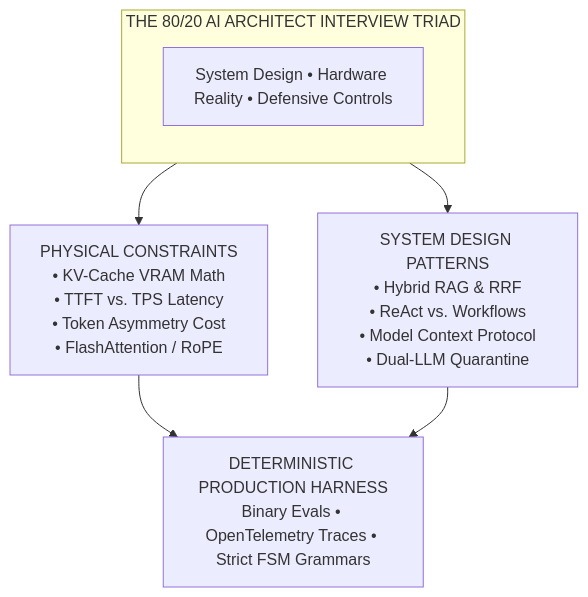
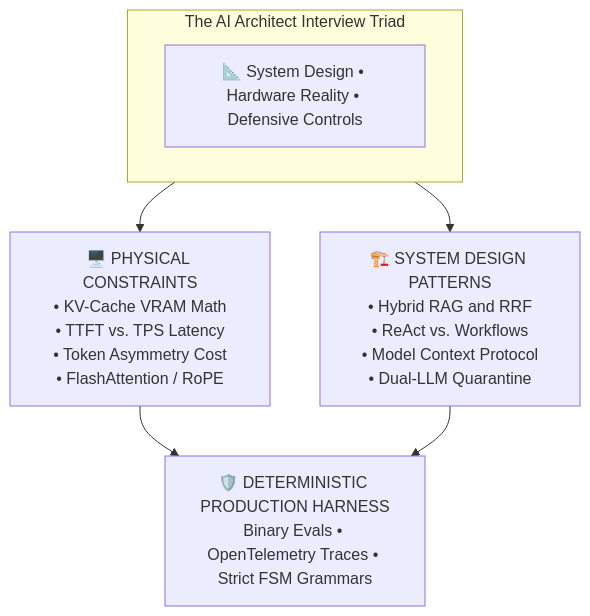
One commit to dip4k/senior-engineer-to-ai-engineer-roadmap changed the first of 7 diagrams in interview/80-20-ai-interview-prep-sheet.md. Above: the diagram before and after it, drawn with Mermaid. The commit also changed other lines of this file and 94 other files, not shown here.

Commit message:
refactor(curriculum): complete Phase 04 upgrade and enforce diagram renderer invariants

````diff
--- a/interview/80-20-ai-interview-prep-sheet.md
+++ b/interview/80-20-ai-interview-prep-sheet.md
@@ -21,13 +21,12 @@
 ```mermaid
 flowchart TD
-    subgraph Triad["THE 80/20 AI ARCHITECT INTERVIEW TRIAD"]
-        direction TB
-        Title["System Design • Hardware Reality • Defensive Controls"]
+    subgraph Triad["The AI Architect Interview Triad"]
+        Title["📐 System Design • Hardware Reality • Defensive Controls"]
     end
     
-    Triad --> PC["PHYSICAL CONSTRAINTS<br/>• KV-Cache VRAM Math<br/>• TTFT vs. TPS Latency<br/>• Token Asymmetry Cost<br/>• FlashAttention / RoPE"]
-    Triad --> SDP["SYSTEM DESIGN PATTERNS<br/>• Hybrid RAG & RRF<br/>• ReAct vs. Workflows<br/>• Model Context Protocol<br/>• Dual-LLM Quarantine"]
+    Triad --> PC["🖥️ PHYSICAL CONSTRAINTS<br/>• KV-Cache VRAM Math<br/>• TTFT vs. TPS Latency<br/>• Token Asymmetry Cost<br/>• FlashAttention / RoPE"]
+    Triad --> SDP["🏗️ SYSTEM DESIGN PATTERNS<br/>• Hybrid RAG and RRF<br/>• ReAct vs. Workflows<br/>• Model Context Protocol<br/>• Dual-LLM Quarantine"]
     
-    PC --> DPH["DETERMINISTIC PRODUCTION HARNESS<br/>Binary Evals • OpenTelemetry Traces • Strict FSM Grammars"]
+    PC --> DPH["🛡️ DETERMINISTIC PRODUCTION HARNESS<br/>Binary Evals • OpenTelemetry Traces • Strict FSM Grammars"]
     SDP --> DPH
 ```
````
